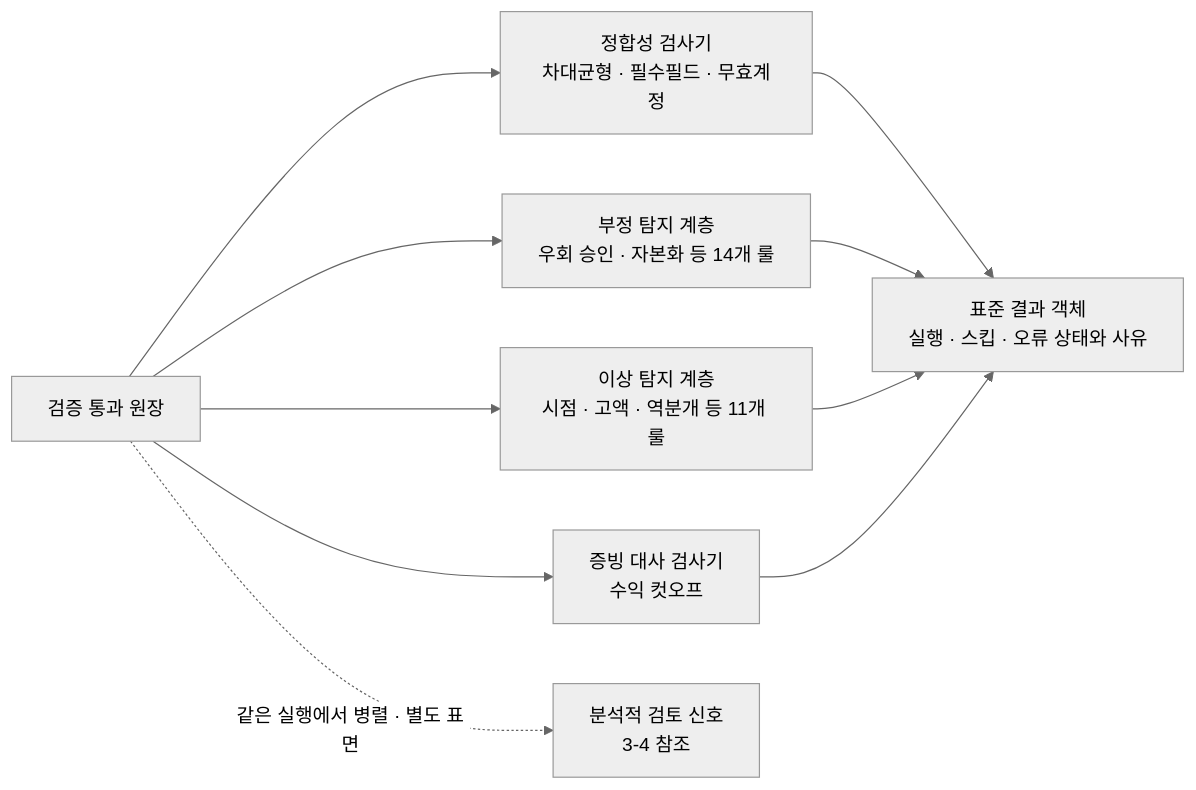
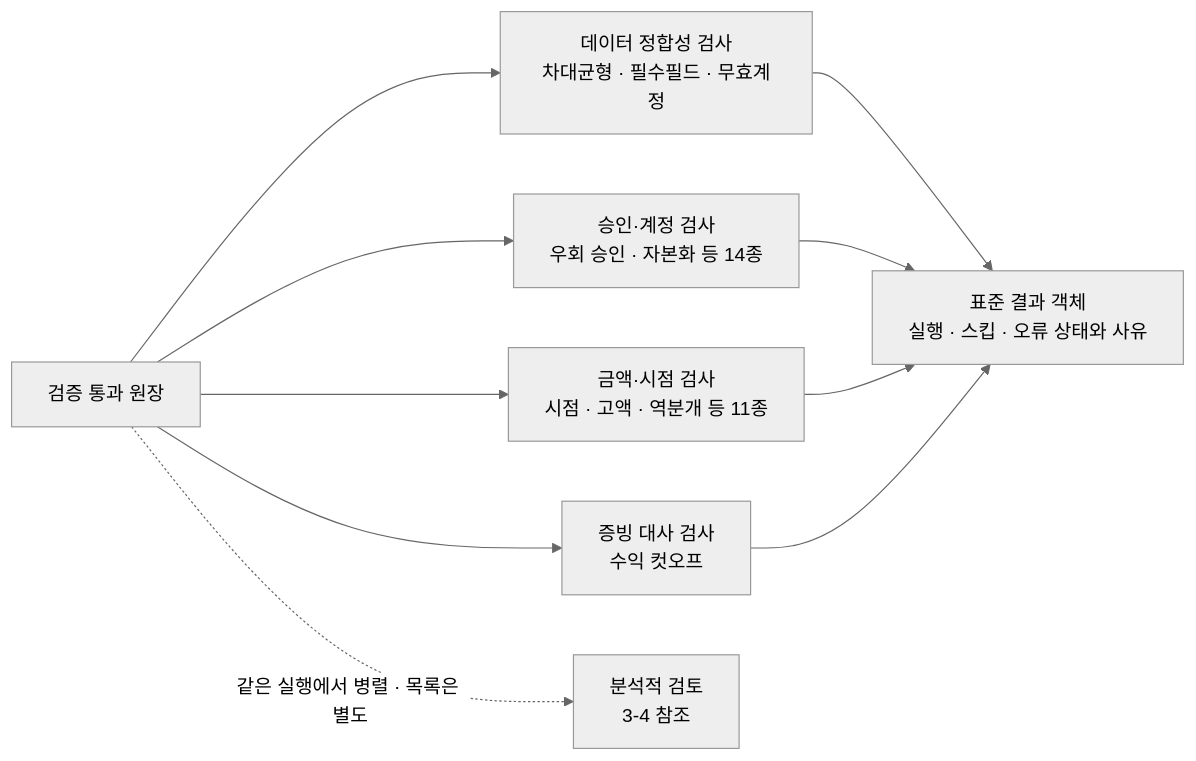
The first of 3 diagrams in README.md (ghdtjrgns321-creator/local-ai-journal-assist), drawn with Mermaid (neutral theme) before and after one commit. The commit also changed other lines of this file, not shown here.

````diff
--- a/README.md
+++ b/README.md
@@ -434,13 +439,13 @@
 ```mermaid
 graph LR
     L["검증 통과 원장"]
-    L --> I["정합성 검사기<br/>차대균형 · 필수필드 · 무효계정"]
-    L --> F["부정 탐지 계층<br/>우회 승인 · 자본화 등 14개 룰"]
-    L --> A["이상 탐지 계층<br/>시점 · 고액 · 역분개 등 11개 룰"]
-    L --> E["증빙 대사 검사기<br/>수익 컷오프"]
+    L --> I["데이터 정합성 검사<br/>차대균형 · 필수필드 · 무효계정"]
+    L --> F["승인·계정 검사<br/>우회 승인 · 자본화 등 14종"]
+    L --> A["금액·시점 검사<br/>시점 · 고액 · 역분개 등 11종"]
+    L --> E["증빙 대사 검사<br/>수익 컷오프"]
     I --> R["표준 결과 객체<br/>실행 · 스킵 · 오류 상태와 사유"]
     F --> R
     A --> R
     E --> R
-    L -.->|같은 실행에서 병렬 · 별도 표면| B["분석적 검토 신호<br/>3-4 참조"]
+    L -.->|같은 실행에서 병렬 · 목록은 별도| B["분석적 검토<br/>3-4 참조"]
 ```
````
